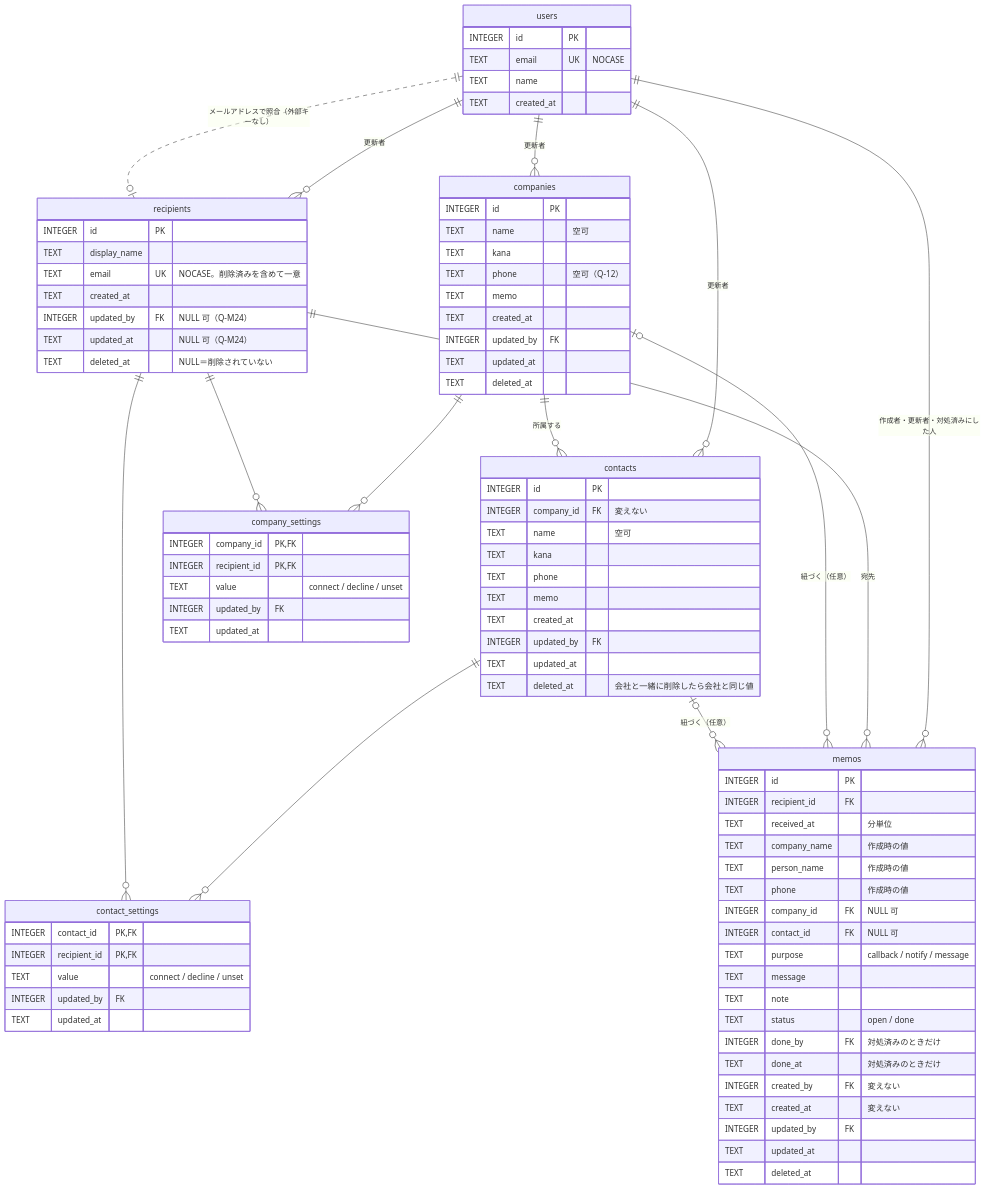
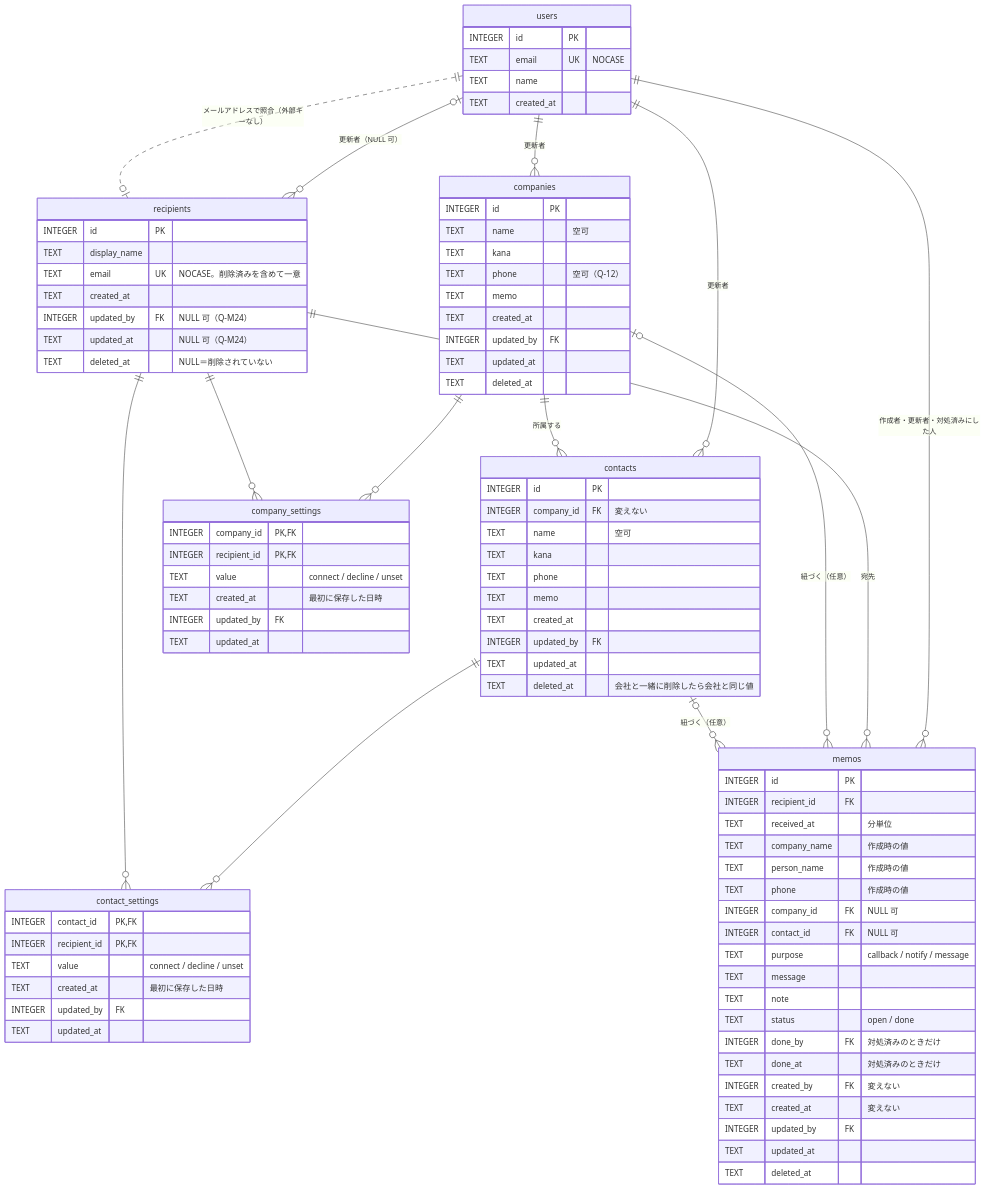
The diagram in docs/db/README.md (masuoka-hcompany/call-memo-book), drawn with Mermaid before and after one commit. The commit also changed other lines of this file and 4 other files, not shown here.

````diff
--- a/docs/db/README.md
+++ b/docs/db/README.md
@@ -99,6 +103,6 @@
 ```mermaid
 erDiagram
-  users ||--o{ recipients : "更新者"
+  users |o--o{ recipients : "更新者（NULL 可）"
   users ||--o{ companies : "更新者"
   users ||--o{ contacts : "更新者"
   users ||--o{ memos : "作成者・更新者・対処済みにした人"
@@ -154,6 +158,7 @@
     INTEGER company_id PK,FK
     INTEGER recipient_id PK,FK
     TEXT value "connect / decline / unset"
+    TEXT created_at "最初に保存した日時"
     INTEGER updated_by FK
     TEXT updated_at
   }
@@ -161,6 +166,7 @@
     INTEGER contact_id PK,FK
     INTEGER recipient_id PK,FK
     TEXT value "connect / decline / unset"
+    TEXT created_at "最初に保存した日時"
     INTEGER updated_by FK
     TEXT updated_at
   }
````
